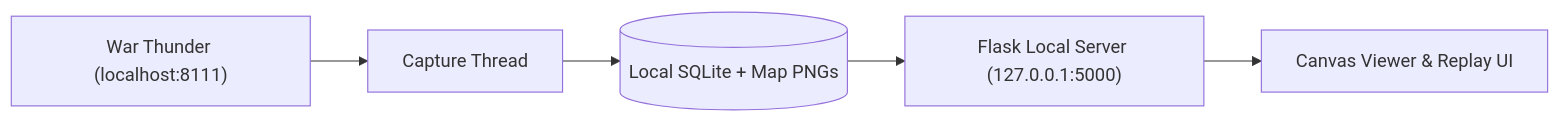
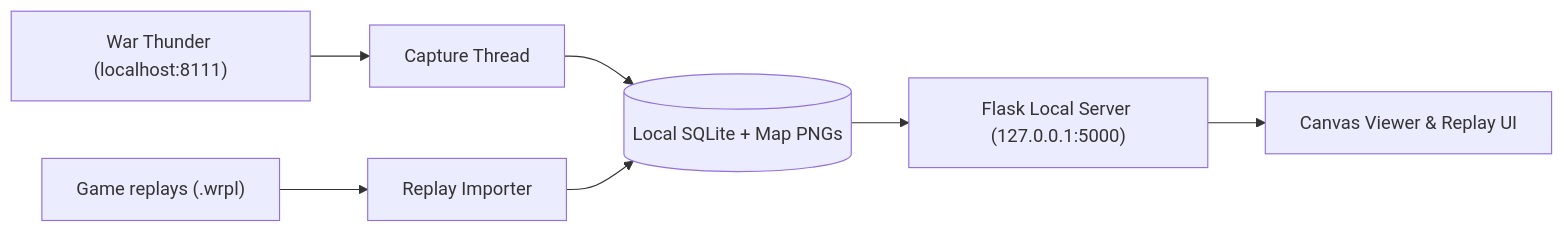
Before and after one commit to EvergardenRoxy/WarThunder-Plotter-Plus: the diagram in README.md, drawn with Mermaid. The commit also changed other lines of this file and 18 other files, not shown here.

````diff
--- a/README.md
+++ b/README.md
@@ -99,7 +99,9 @@
 ```mermaid
 flowchart LR
     WT["War Thunder (localhost:8111)"] --> Capture["Capture Thread"]
     Capture --> SQLite[("Local SQLite + Map PNGs")]
+    Replay["Game replays (.wrpl)"] --> Importer["Replay Importer"]
+    Importer --> SQLite
     SQLite --> Web["Flask Local Server (127.0.0.1:5000)"]
     Web --> Browser["Canvas Viewer & Replay UI"]
 ```
````
